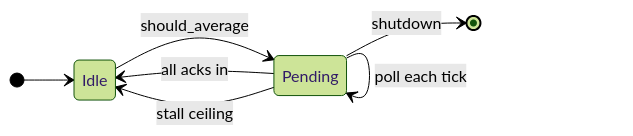
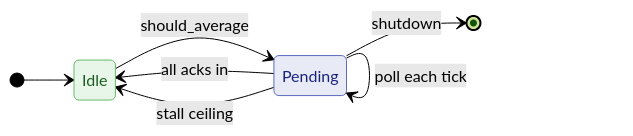
One commit to fab2s/floDl changed the third of 7 diagrams in docs/distributed/architecture.md. Above: the diagram before and after it, drawn with Mermaid (forest theme). The commit also changed other lines of this file and 6 other files, not shown here.

Commit message:
doc: mermaid palette

````diff
--- a/docs/distributed/architecture.md
+++ b/docs/distributed/architecture.md
@@ -287,10 +295,15 @@
 ```mermaid
 stateDiagram-v2
     direction LR
     [*] --> Idle
     Idle --> Pending: should_average
     Pending --> Pending: poll each tick
     Pending --> Idle: all acks in
     Pending --> Idle: stall ceiling
     Pending --> [*]: shutdown
+
+    classDef actor fill:#e8eaf6,stroke:#5c6bc0,color:#1a237e
+    classDef good fill:#e8f5e9,stroke:#66bb6a,color:#1b5e20
+    class Pending actor
+    class Idle good
 ```
````
